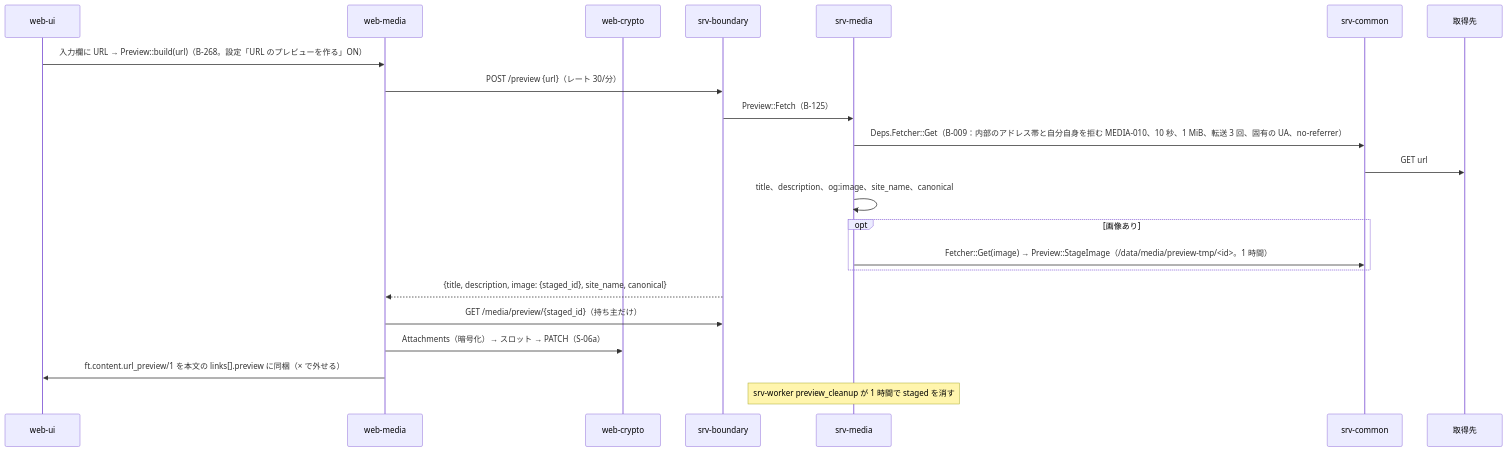
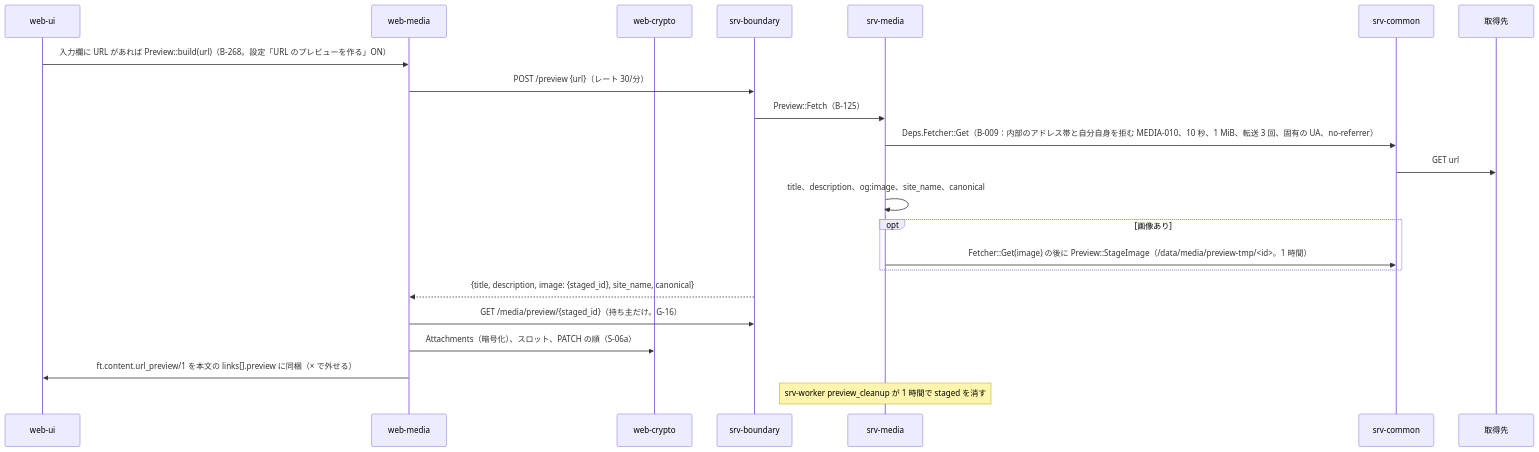
The third of 4 diagrams in dev/docs/jp/シーケンス/06_添付.md (nrsd-ishikawasou/family-talk-pwa), drawn with Mermaid before and after one commit. The commit also changed other lines of this file and 290 other files, not shown here.

````diff
--- a/dev/docs/jp/シーケンス/06_添付.md
+++ b/dev/docs/jp/シーケンス/06_添付.md
@@ -104,24 +120,24 @@
 ```mermaid
 sequenceDiagram
   participant UI as web-ui
   participant WM as web-media
   participant WX as web-crypto
   participant BD as srv-boundary
   participant MD as srv-media
   participant CM as srv-common
   participant EXT as 取得先
-  UI->>WM: 入力欄に URL → Preview::build(url)（B-268。設定「URL のプレビューを作る」ON）
+  UI->>WM: 入力欄に URL があれば Preview::build(url)（B-268。設定「URL のプレビューを作る」ON）
   WM->>BD: POST /preview {url}（レート 30/分）
   BD->>MD: Preview::Fetch（B-125）
   MD->>CM: Deps.Fetcher::Get（B-009：内部のアドレス帯と自分自身を拒む MEDIA-010、10 秒、1 MiB、転送 3 回、固有の UA、no-referrer）
   CM->>EXT: GET url
   MD->>MD: title、description、og:image、site_name、canonical
   opt 画像あり
-    MD->>CM: Fetcher::Get(image) → Preview::StageImage（/data/media/preview-tmp/<id>。1 時間）
+    MD->>CM: Fetcher::Get(image) の後に Preview::StageImage（/data/media/preview-tmp/<id>。1 時間）
   end
   BD-->>WM: {title, description, image: {staged_id}, site_name, canonical}
-  WM->>BD: GET /media/preview/{staged_id}（持ち主だけ）
-  WM->>WX: Attachments（暗号化）→ スロット → PATCH（S-06a）
+  WM->>BD: GET /media/preview/{staged_id}（持ち主だけ。G-16）
+  WM->>WX: Attachments（暗号化）、スロット、PATCH の順（S-06a）
   WM->>UI: ft.content.url_preview/1 を本文の links[].preview に同梱（× で外せる）
   Note over MD: srv-worker preview_cleanup が 1 時間で staged を消す
 ```
````
